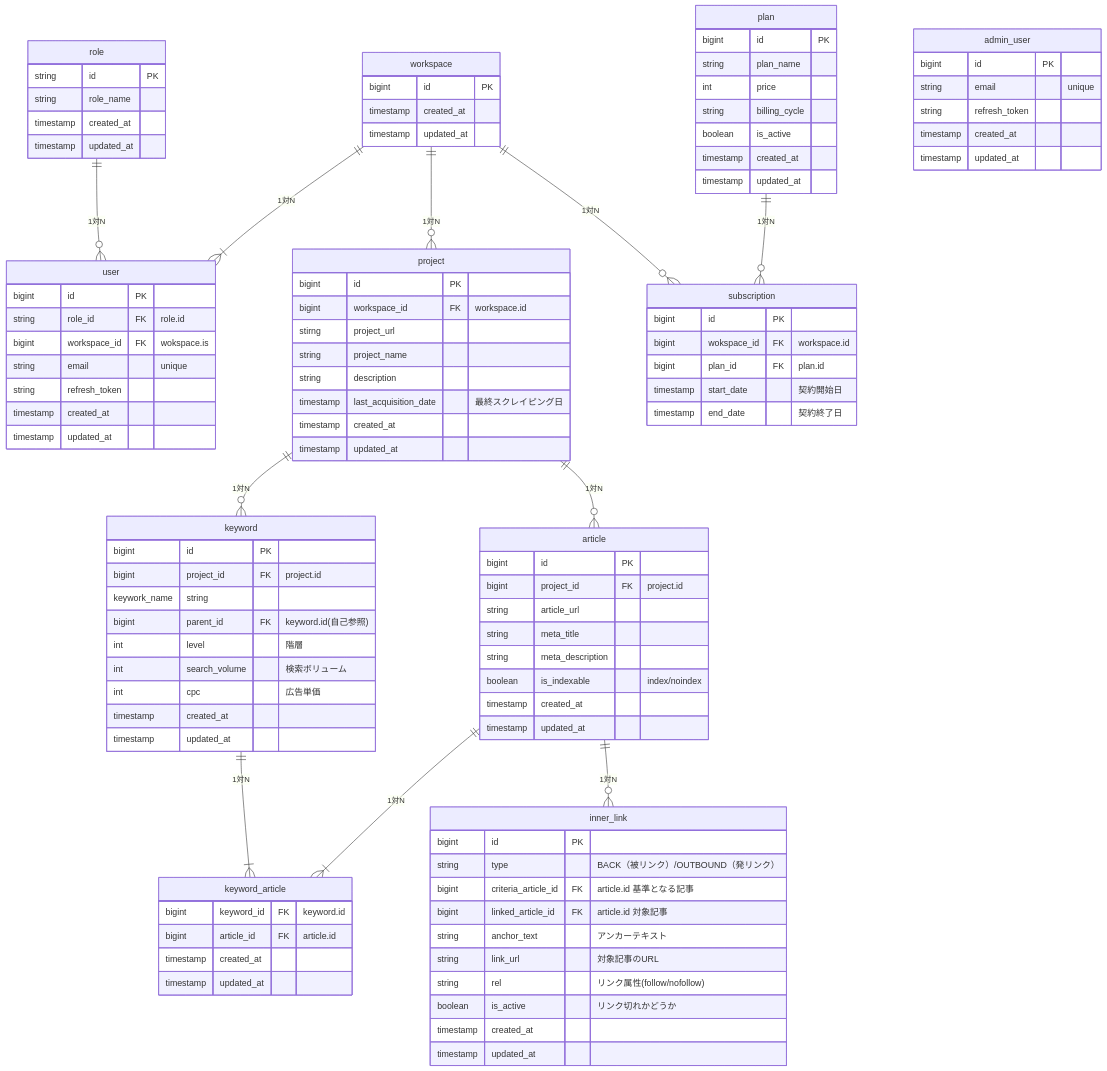
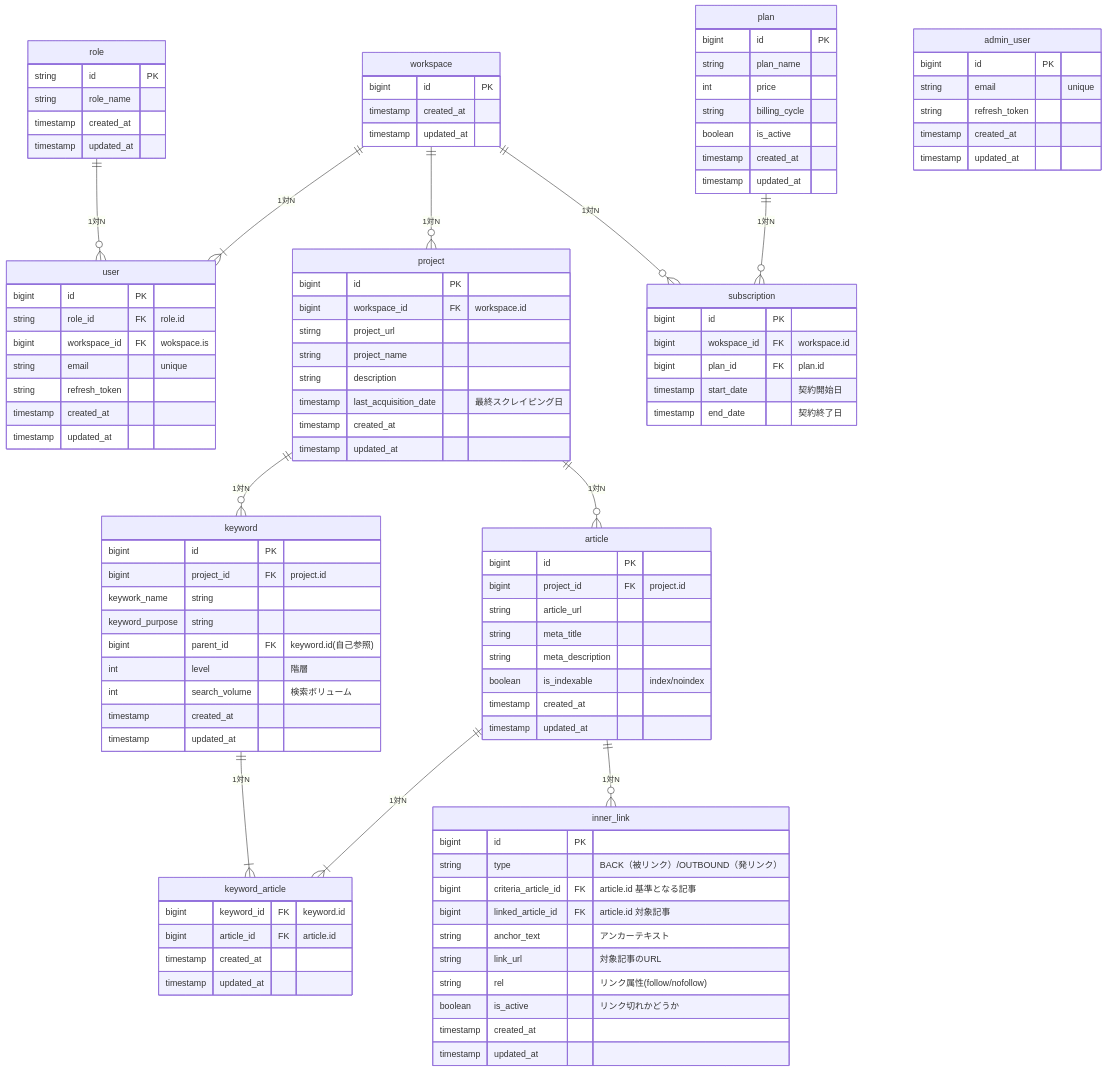
One commit to lynx-service/lynx-core changed the diagram in docs/db/design.md. Above: the diagram before and after it, drawn with Mermaid.

```diff
--- a/docs/db/design.md
+++ b/docs/db/design.md
@@ -83,10 +83,10 @@
     bigint id PK
     bigint project_id FK "project.id"
     keywork_name string
+    keyword_purpose string
     bigint parent_id FK "keyword.id(自己参照)"
     int level "階層"
     int search_volume "検索ボリューム"
-    int cpc "広告単価"
     timestamp created_at
     timestamp updated_at
   }
```
